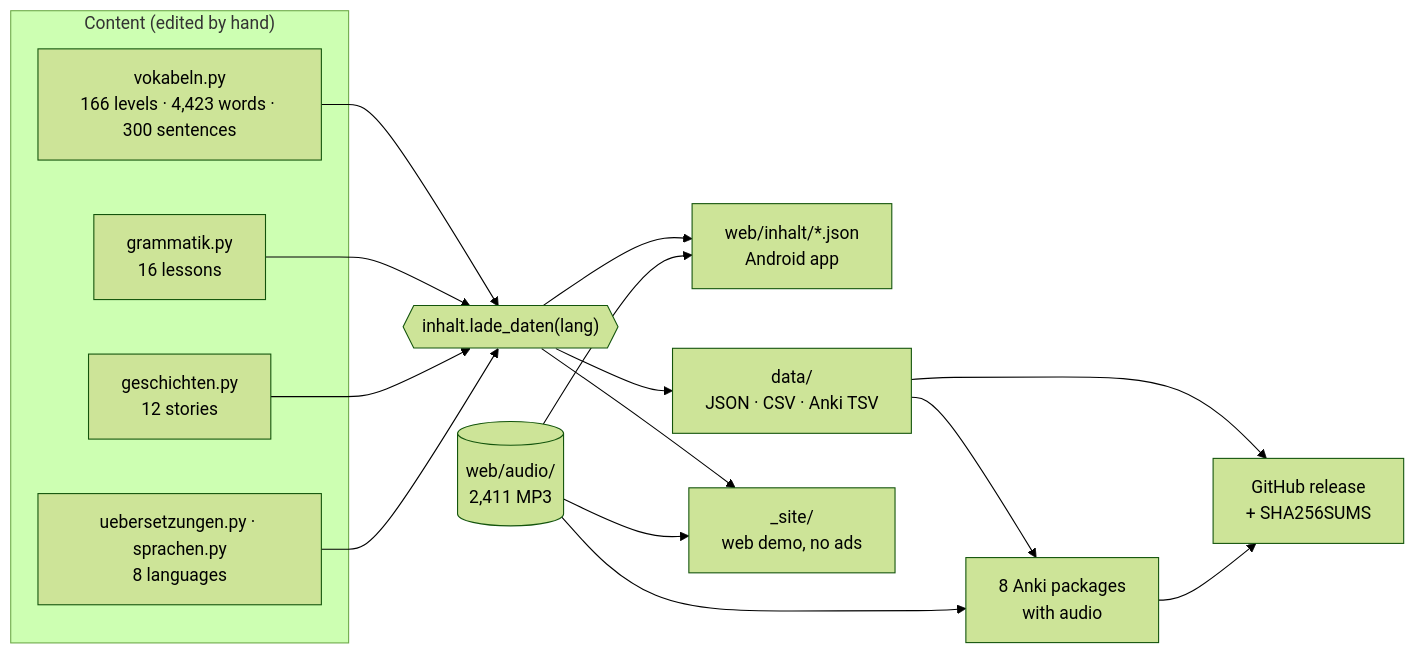
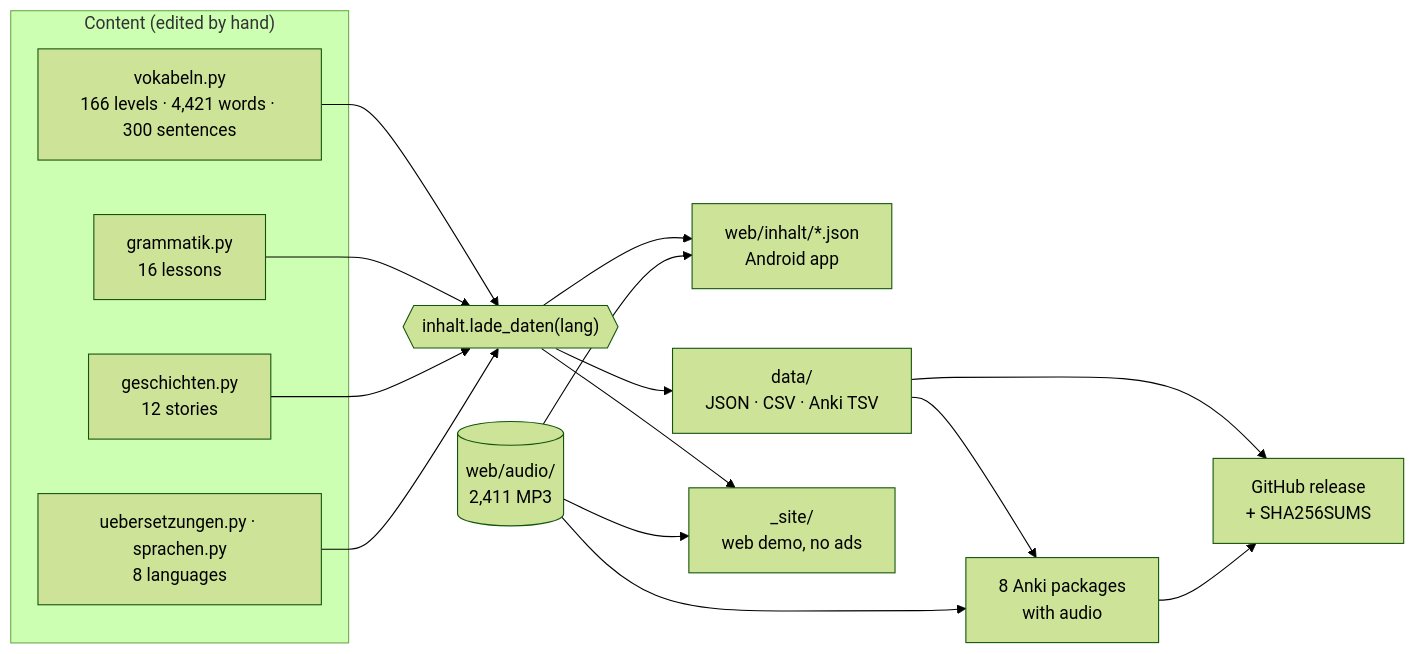
The first of 2 diagrams in README.md (zmaj-lernapp/zmaj), drawn with Mermaid (forest theme) before and after one commit. The commit also changed other lines of this file and 47 other files, not shown here.

````diff
--- a/README.md
+++ b/README.md
@@ -129,19 +129,19 @@
 ```mermaid
 flowchart LR
   subgraph src["Content (edited by hand)"]
-    V["vokabeln.py<br/>166 levels · 4,423 words · 300 sentences"]
+    V["vokabeln.py<br/>166 levels · 4,421 words · 300 sentences"]
     G["grammatik.py<br/>16 lessons"]
     S["geschichten.py<br/>12 stories"]
     U["uebersetzungen.py · sprachen.py<br/>8 languages"]
   end
   L{{"inhalt.lade_daten(lang)"}}
   V & G & S & U --> L
   A[("web/audio/<br/>2,411 MP3")]
   L --> APP["web/inhalt/*.json<br/>Android app"]
   L --> DS["data/<br/>JSON · CSV · Anki TSV"]
   L --> DEMO["_site/<br/>web demo, no ads"]
   DS --> ANKI["8 Anki packages<br/>with audio"]
   A --> APP & DEMO & ANKI
   DS --> REL["GitHub release<br/>+ SHA256SUMS"]
   ANKI --> REL
 ```
````
